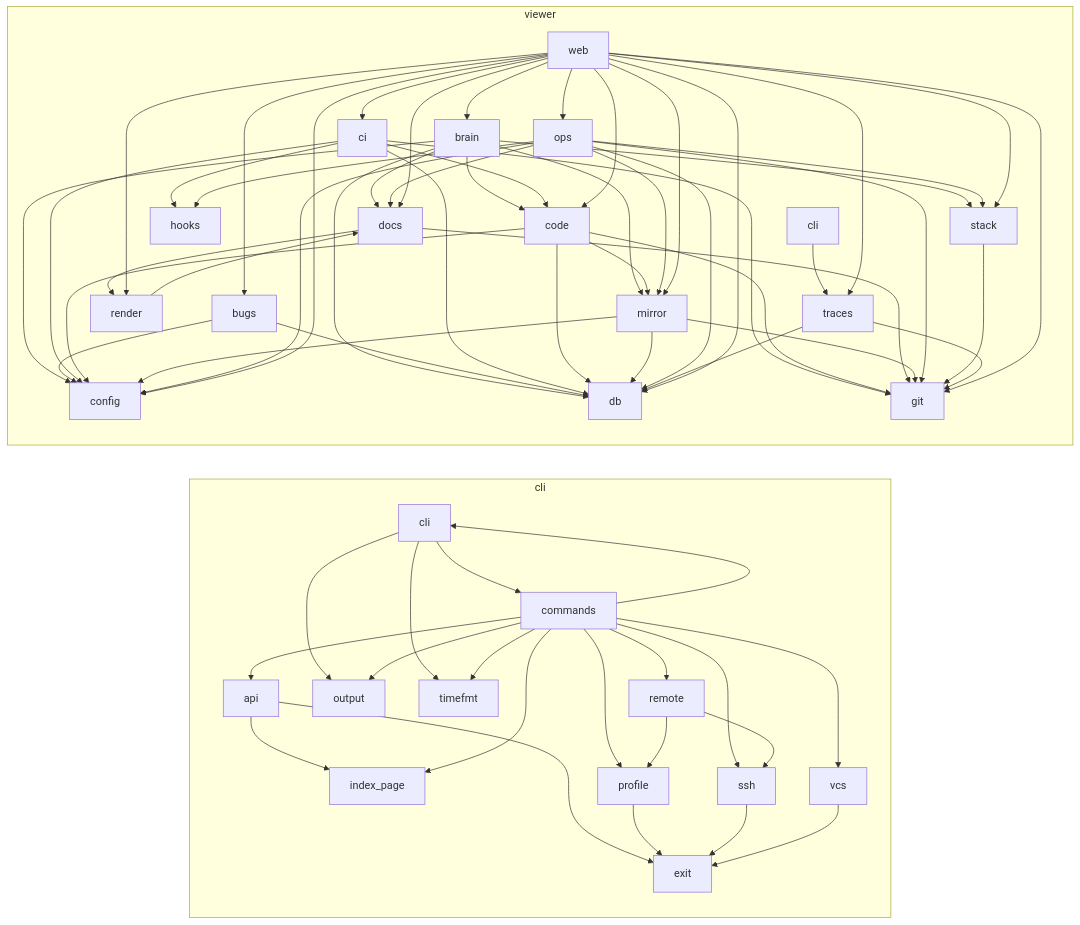
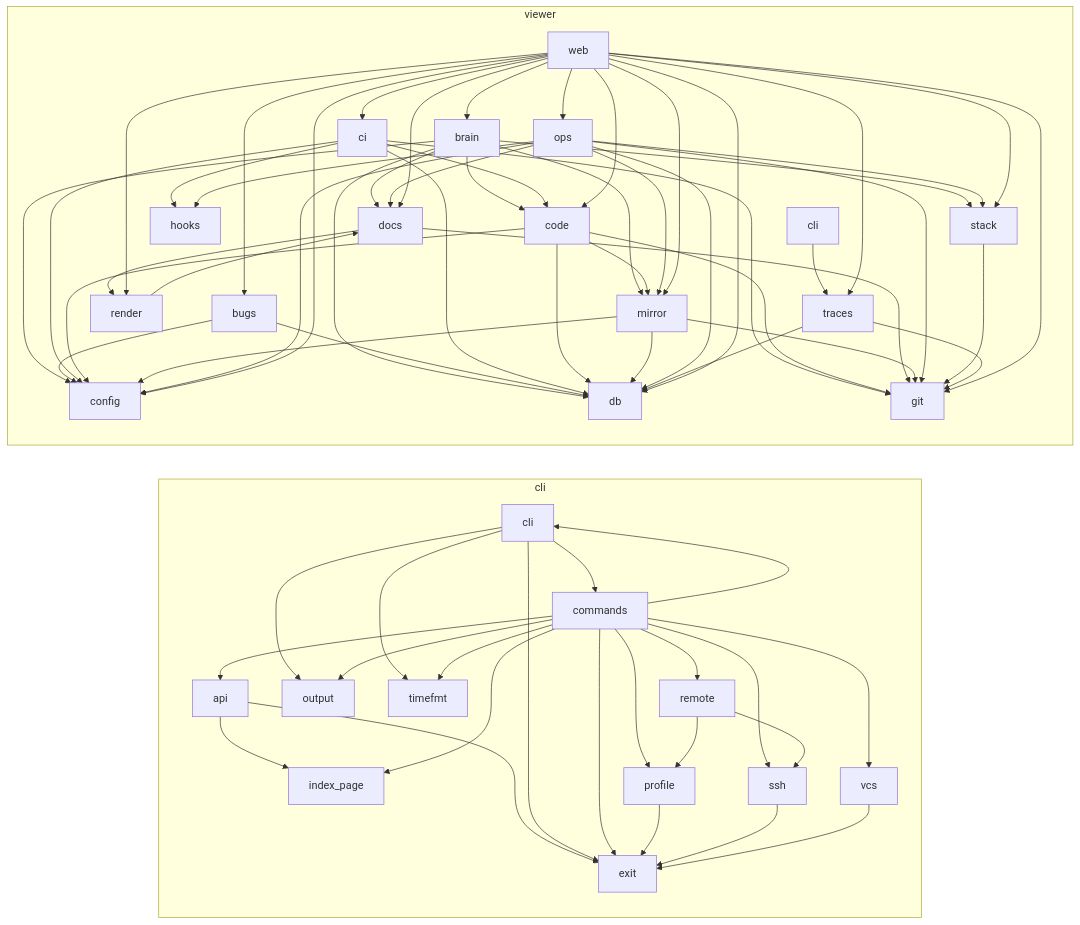
One commit to matthiasdebernardini/nashcode changed the second of 2 diagrams in ARCHITECTURE.md. Above: the diagram before and after it, drawn with Mermaid. The commit also changed 15 other files, not shown here.

```diff
--- a/ARCHITECTURE.md
+++ b/ARCHITECTURE.md
@@ -55,10 +55,12 @@
   cli_api --> cli_exit
   cli_api --> cli_index_page
   cli_cli --> cli_commands
+  cli_cli --> cli_exit
   cli_cli --> cli_output
   cli_cli --> cli_timefmt
   cli_commands --> cli_api
   cli_commands --> cli_cli
+  cli_commands --> cli_exit
   cli_commands --> cli_index_page
   cli_commands --> cli_output
   cli_commands --> cli_profile
```
